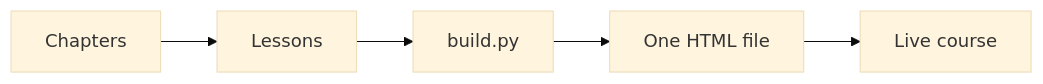
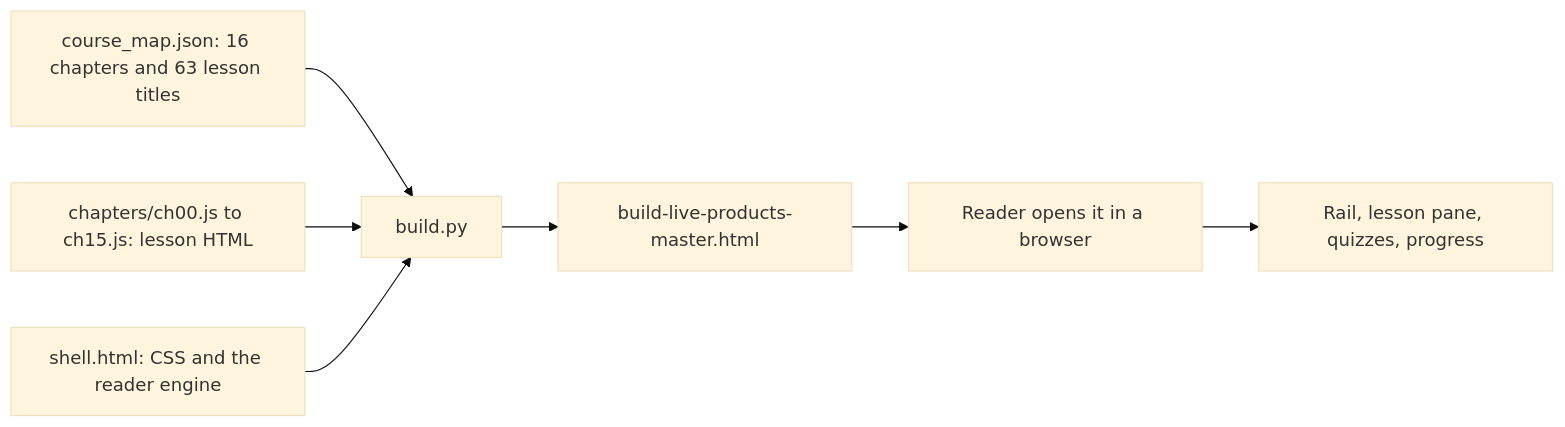
The first of 2 diagrams in README.md (therohitji/build-live-products), drawn with Mermaid (base theme) before and after one commit. The commit also changed other lines of this file, not shown here.

Commit message:
Expand README with details, diagrams and data

````diff
--- a/README.md
+++ b/README.md
@@ -16,9 +45,9 @@
 ```mermaid
 flowchart LR
-  n0["Chapters"]
-  n1["Lessons"]
-  n2["build.py"]
-  n3["One HTML file"]
-  n4["Live course"]
-  n0 --> n1 --> n2 --> n3 --> n4
+  A["course_map.json: 16 chapters and 63 lesson titles"] --> D["build.py"]
+  B["chapters/ch00.js to ch15.js: lesson HTML"] --> D
+  C["shell.html: CSS and the reader engine"] --> D
+  D --> E["build-live-products-master.html"]
+  E --> F["Reader opens it in a browser"]
+  F --> G["Rail, lesson pane, quizzes, progress"]
 ```
````
